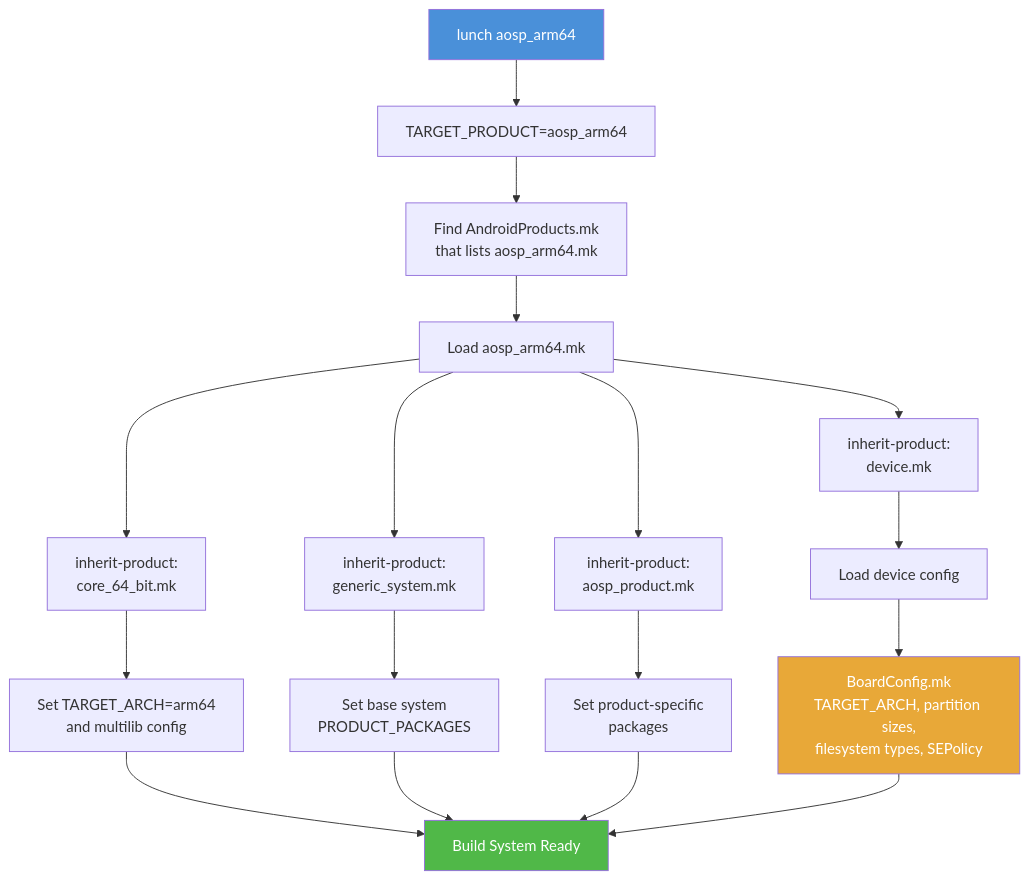
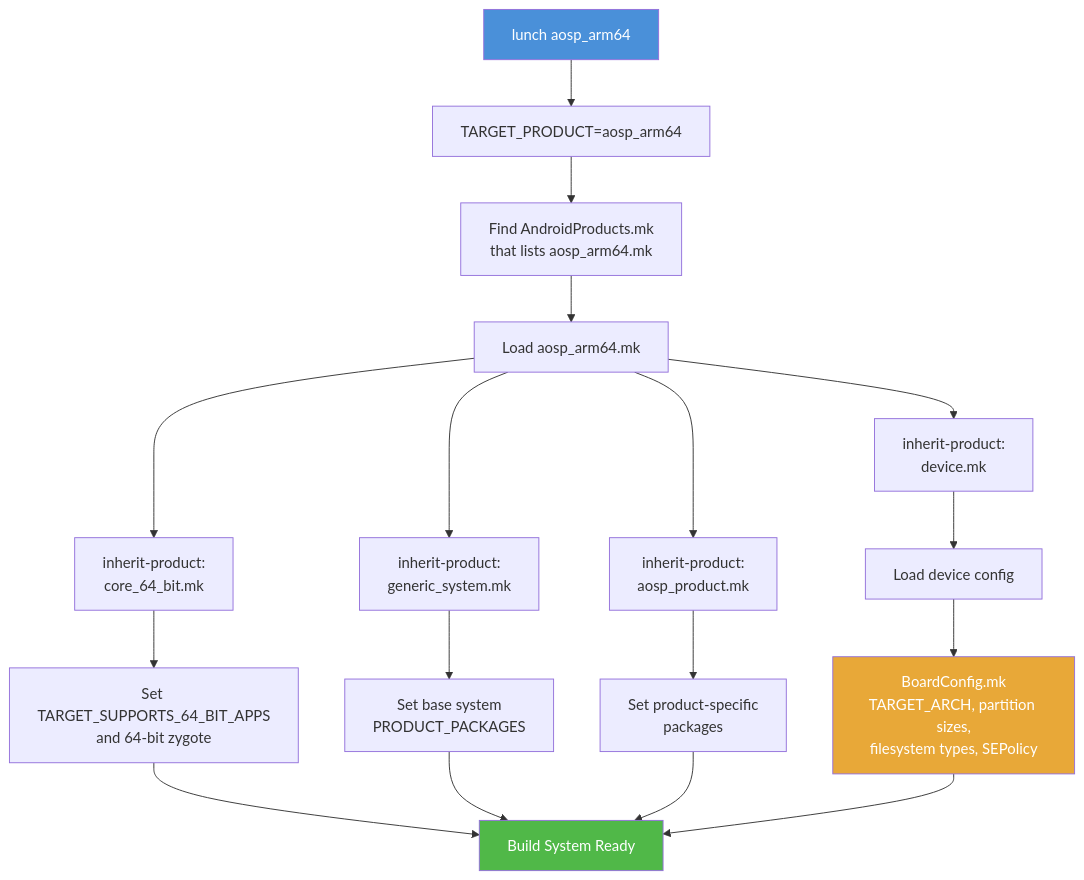
One commit to aospbooks/aosp-internal-book changed diagram 12 of 19 in agents/claude/skills/aosp-getting-started/02-source-and-build.md. Above: the diagram before and after it, drawn with Mermaid. The commit also changed other lines of this file and 218 other files, not shown here.

````diff
--- a/agents/claude/skills/aosp-getting-started/02-source-and-build.md
+++ b/agents/claude/skills/aosp-getting-started/02-source-and-build.md
@@ -3276,26 +3306,26 @@
 ```mermaid
 graph TB
     L[lunch aosp_arm64] --> TP[TARGET_PRODUCT=aosp_arm64]
     TP --> AP["Find AndroidProducts.mk<br/>that lists aosp_arm64.mk"]
     AP --> PM[Load aosp_arm64.mk]
     PM --> IP1["inherit-product:<br/>core_64_bit.mk"]
     PM --> IP2["inherit-product:<br/>generic_system.mk"]
     PM --> IP3["inherit-product:<br/>aosp_product.mk"]
     PM --> IP4["inherit-product:<br/>device.mk"]
 
-    IP1 --> ARCH["Set TARGET_ARCH=arm64<br/>and multilib config"]
+    IP1 --> ARCH["Set TARGET_SUPPORTS_64_BIT_APPS<br/>and 64-bit zygote"]
     IP2 --> SYS["Set base system<br/>PRODUCT_PACKAGES"]
     IP3 --> PRD["Set product-specific<br/>packages"]
     IP4 --> DEV[Load device config]
 
     DEV --> BC["BoardConfig.mk<br/>TARGET_ARCH, partition sizes,<br/>filesystem types, SEPolicy"]
 
     ARCH --> BUILD[Build System Ready]
     SYS --> BUILD
     PRD --> BUILD
     BC --> BUILD
 
     style L fill:#4a90d9,color:#fff
     style BUILD fill:#50b848,color:#fff
     style BC fill:#e8a838,color:#fff
 ```
````
